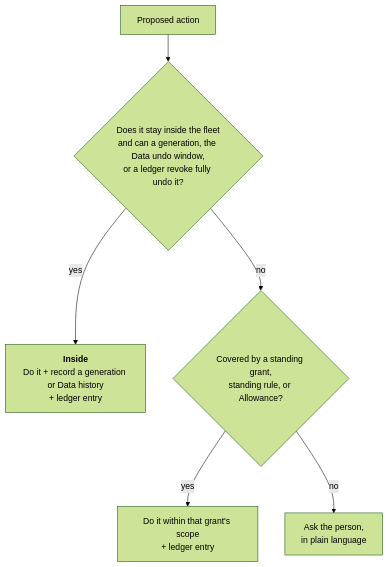
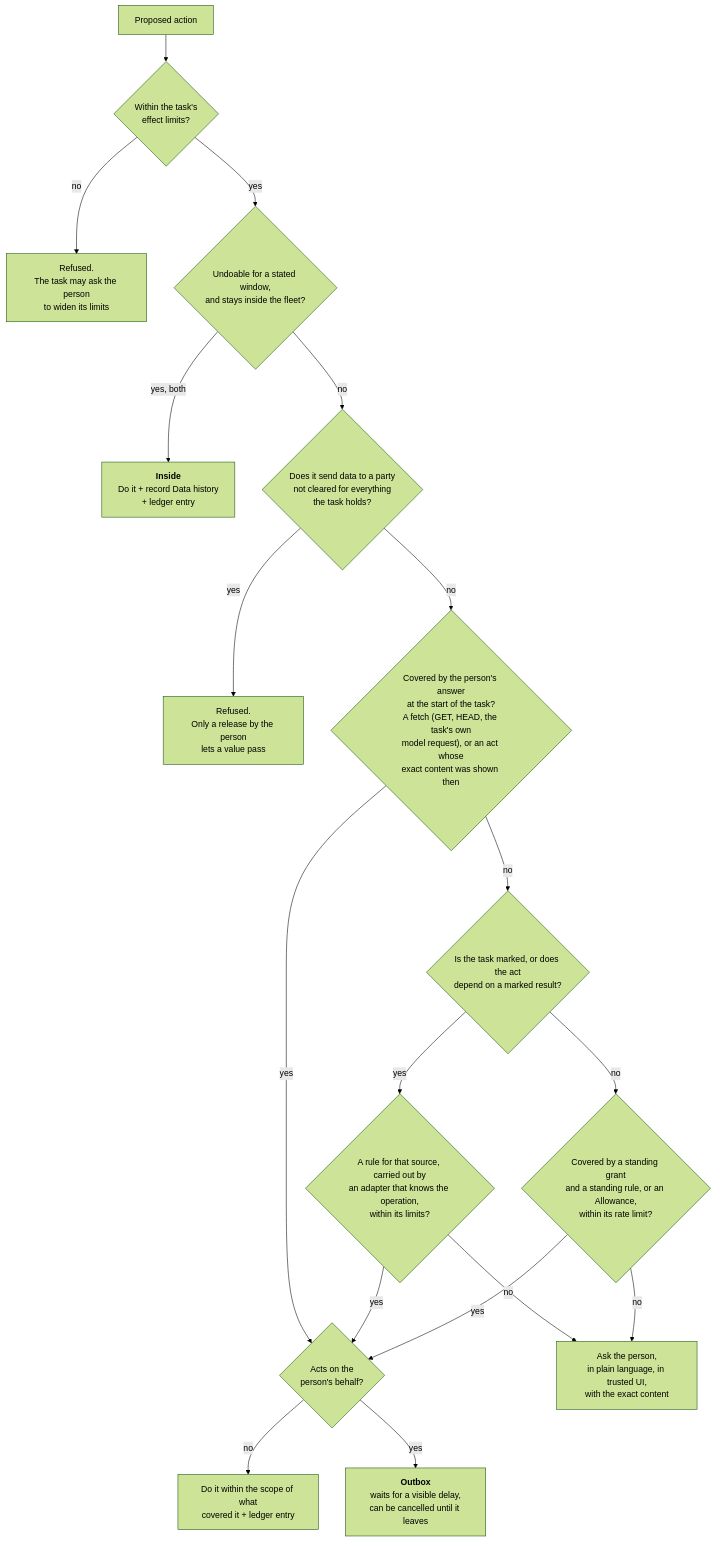
Before and after one commit to crowbaros/crowbaros: the third of 4 diagrams in docs/agent-first/design/gate-monitor-and-autonomy.md, drawn with Mermaid (forest theme). The commit also changed other lines of this file and 25 other files, not shown here.

````diff
--- a/docs/agent-first/design/gate-monitor-and-autonomy.md
+++ b/docs/agent-first/design/gate-monitor-and-autonomy.md
@@ -154,8 +413,20 @@
 ```mermaid
 flowchart TD
-    A[Proposed action] --> Q1{"Does it stay inside the fleet<br/>and can a generation, the Data undo window,<br/>or a ledger revoke fully undo it?"}
-    Q1 -- yes --> IN["<b>Inside</b><br/>Do it + record a generation or Data history<br/>+ ledger entry"]
-    Q1 -- no --> Q2{"Covered by a standing grant,<br/>standing rule, or Allowance?"}
-    Q2 -- yes --> OK["Do it within that grant's scope<br/>+ ledger entry"]
-    Q2 -- no --> ASK["Ask the person,<br/>in plain language"]
+    A[Proposed action] --> Q0{"Within the task's<br/>effect limits?"}
+    Q0 -- no --> REF["Refused.<br/>The task may ask the person<br/>to widen its limits"]
+    Q0 -- yes --> Q1{"Undoable for a stated window,<br/>and stays inside the fleet?"}
+    Q1 -- "yes, both" --> IN["<b>Inside</b><br/>Do it + record Data history<br/>+ ledger entry"]
+    Q1 -- no --> QC{"Does it send data to a party<br/>not cleared for everything<br/>the task holds?"}
+    QC -- yes --> REFC["Refused.<br/>Only a release by the person<br/>lets a value pass"]
+    QC -- no --> QS{"Covered by the person's answer<br/>at the start of the task?<br/>A fetch (GET, HEAD, the task's own<br/>model request), or an act whose<br/>exact content was shown then"}
+    QS -- yes --> Q3
+    QS -- no --> QM{"Is the task marked, or does the act<br/>depend on a marked result?"}
+    QM -- no --> Q2{"Covered by a standing grant<br/>and a standing rule, or an Allowance,<br/>within its rate limit?"}
+    QM -- yes --> QK{"A rule for that source, carried out by<br/>an adapter that knows the operation,<br/>within its limits?"}
+    QK -- no --> ASK["Ask the person,<br/>in plain language, in trusted UI,<br/>with the exact content"]
+    QK -- yes --> Q3
+    Q2 -- no --> ASK
+    Q2 -- yes --> Q3{"Acts on the<br/>person's behalf?"}
+    Q3 -- no --> OK["Do it within the scope of what<br/>covered it + ledger entry"]
+    Q3 -- yes --> OUT["<b>Outbox</b><br/>waits for a visible delay,<br/>can be cancelled until it leaves"]
 ```
````
